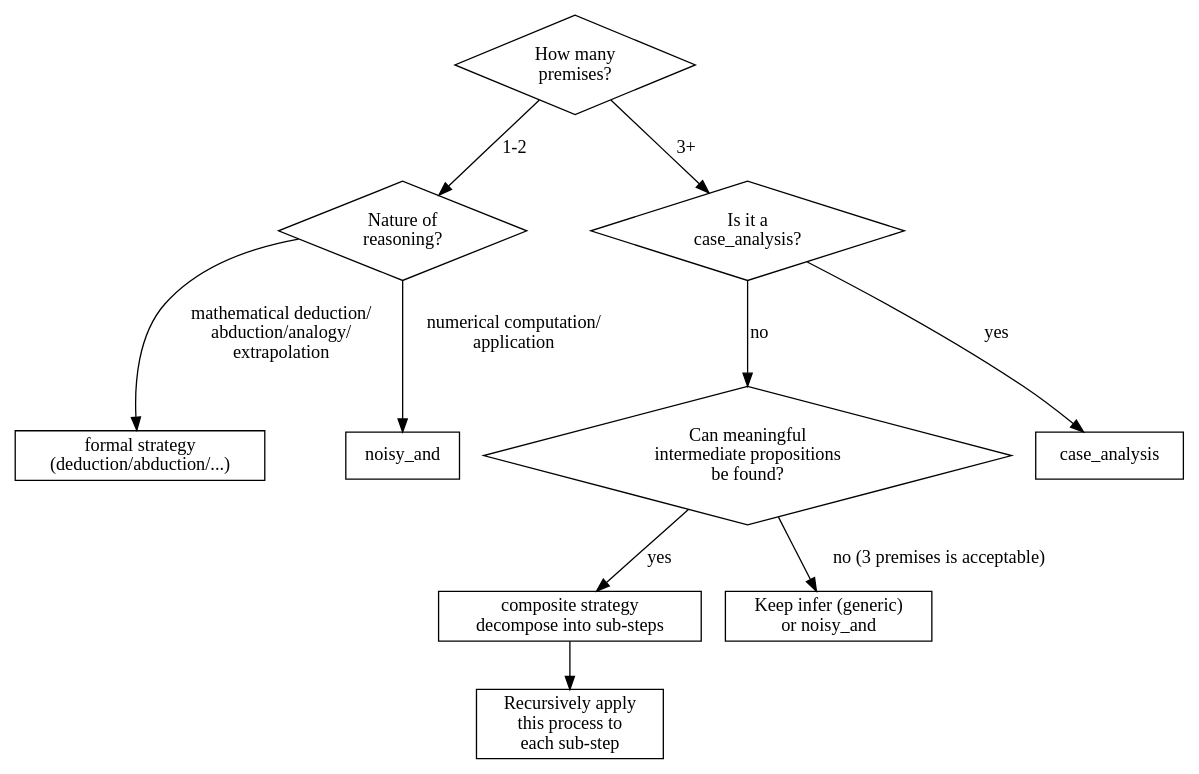
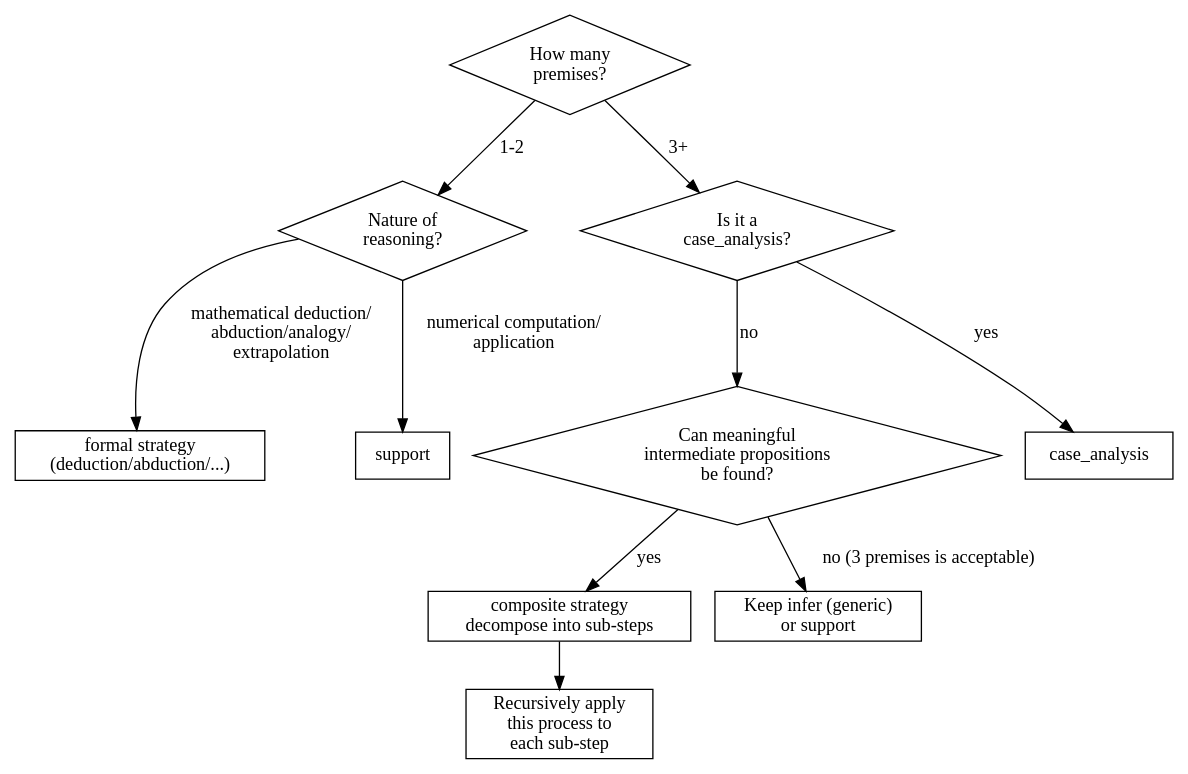
Before and after one commit to newtontech/Gaia: the second of 2 diagrams in skills/formalization/SKILL.md, drawn with Graphviz. The commit also changed other lines of this file and 20 other files, not shown here.

````diff
--- a/skills/formalization/SKILL.md
+++ b/skills/formalization/SKILL.md
@@ -412,27 +420,27 @@
 ```dot
 digraph refine {
     node [shape=diamond];
     q1 [label="How many\npremises?"];
     q2 [label="Nature of\nreasoning?"];
     q3 [label="Is it a\ncase_analysis?"];
     q4 [label="Can meaningful\nintermediate propositions\nbe found?"];
 
     node [shape=box];
     formal [label="formal strategy\n(deduction/abduction/...)"];
-    noisy [label="noisy_and"];
+    support_box [label="support"];
     case [label="case_analysis"];
     composite [label="composite strategy\ndecompose into sub-steps"];
     recurse [label="Recursively apply\nthis process to\neach sub-step"];
-    keep [label="Keep infer (generic)\nor noisy_and"];
+    keep [label="Keep infer (generic)\nor support"];
 
     q1 -> q2 [label="1-2"];
     q1 -> q3 [label="3+"];
     q2 -> formal [label="mathematical deduction/\nabduction/analogy/\nextrapolation"];
-    q2 -> noisy [label="numerical computation/\napplication"];
+    q2 -> support_box [label="numerical computation/\napplication"];
     q3 -> case [label="yes"];
     q3 -> q4 [label="no"];
     q4 -> composite [label="yes"];
     q4 -> keep [label="no (3 premises is acceptable)"];
     composite -> recurse;
 }
 ```
````
